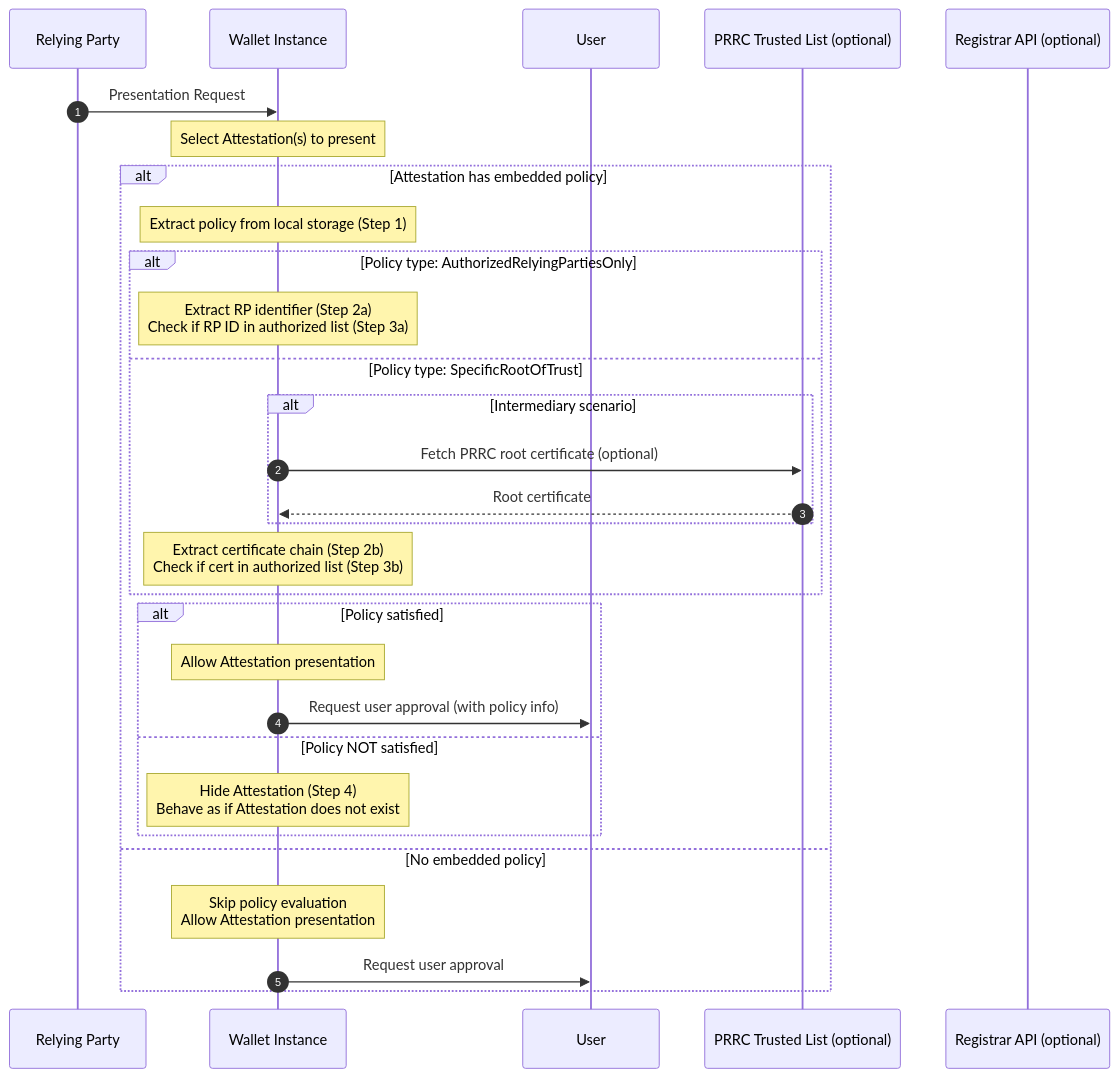
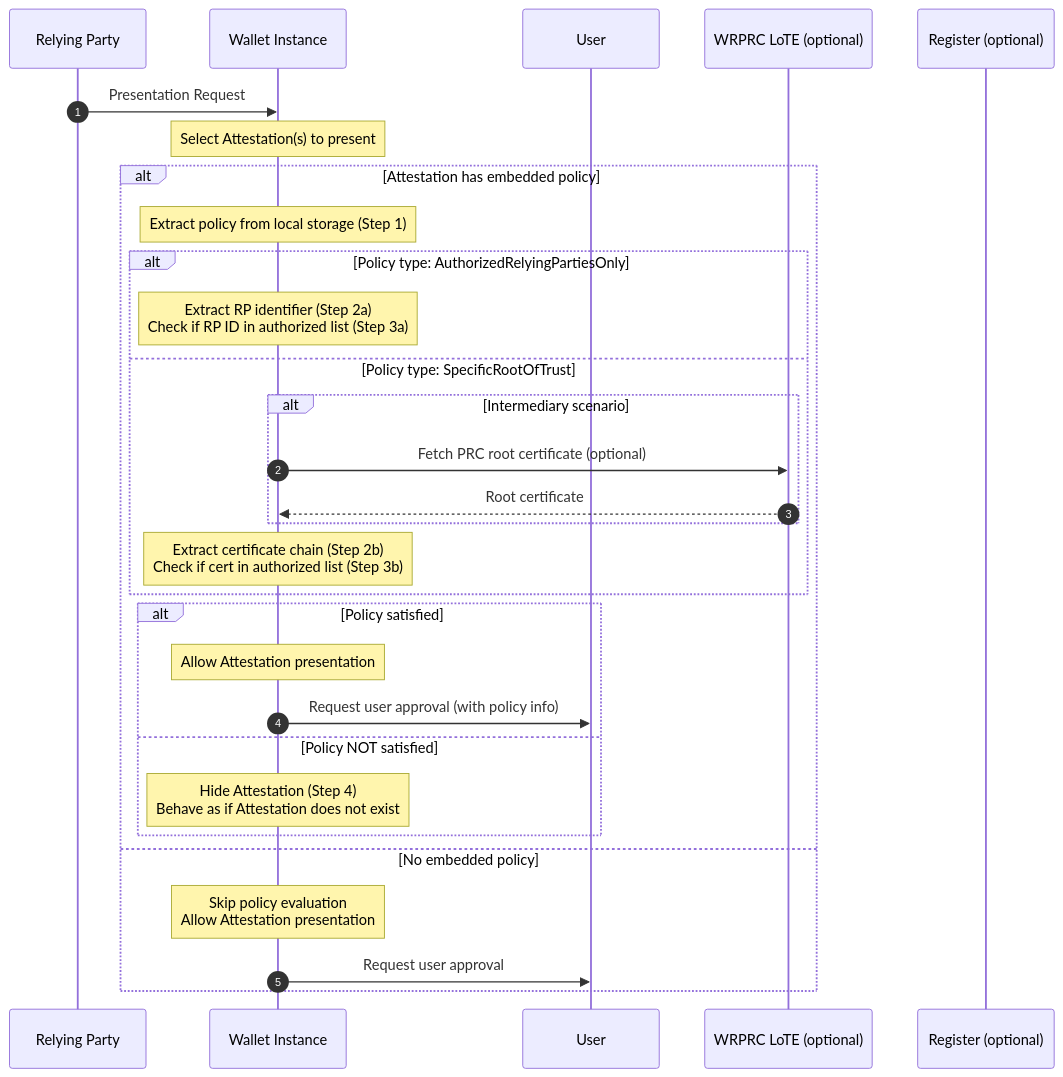
Before and after one commit to APTITUDE-Consortium/wp2-trust-specifications: the fourth of 5 diagrams in topics/entitlement-policy.md, drawn with Mermaid. The commit also changed other lines of this file, not shown here.

````diff
--- a/topics/entitlement-policy.md
+++ b/topics/entitlement-policy.md
@@ -785,37 +785,37 @@
 ```mermaid
 sequenceDiagram
     autonumber
     participant RP as Relying Party
     participant WI as Wallet Instance
     participant User
-    participant TL as PRRC Trusted List (optional)
-    participant Reg as Registrar API (optional)
+    participant TL as WRPRC LoTE (optional)
+    participant Reg as Register (optional)
 
     RP->>WI: Presentation Request
 
     Note over WI: Select Attestation(s) to present
 
     alt Attestation has embedded policy
         Note over WI: Extract policy from local storage (Step 1)
 
         alt Policy type: AuthorizedRelyingPartiesOnly
             Note over WI: Extract RP identifier (Step 2a)<br/>Check if RP ID in authorized list (Step 3a)
         else Policy type: SpecificRootOfTrust
             alt Intermediary scenario
-                WI->>TL: Fetch PRRC root certificate (optional)
+                WI->>TL: Fetch PRC root certificate (optional)
                 TL-->>WI: Root certificate
             end
             Note over WI: Extract certificate chain (Step 2b)<br/>Check if cert in authorized list (Step 3b)
         end
 
         alt Policy satisfied
             Note over WI: Allow Attestation presentation
             WI->>User: Request user approval (with policy info)
         else Policy NOT satisfied
             Note over WI: Hide Attestation (Step 4)<br/>Behave as if Attestation does not exist
         end
     else No embedded policy
         Note over WI: Skip policy evaluation<br/>Allow Attestation presentation
         WI->>User: Request user approval
     end
 ```
````
